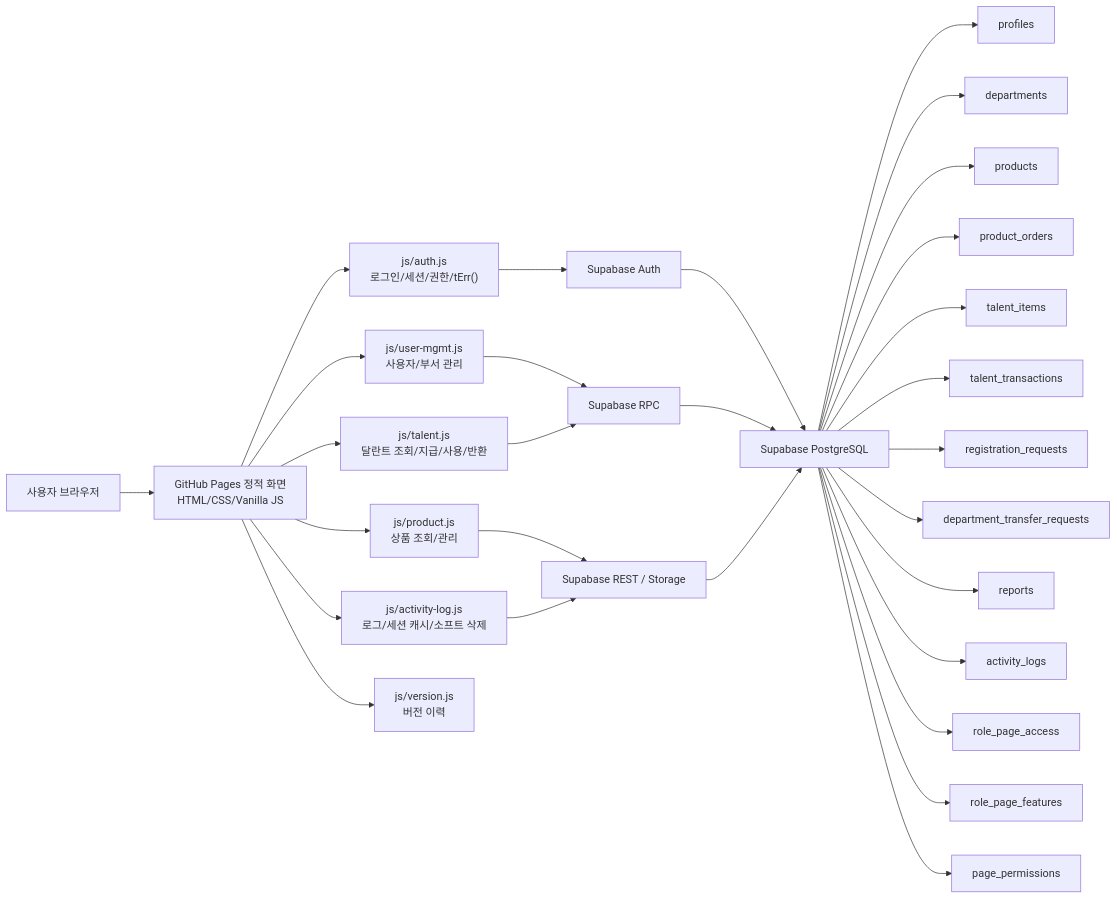
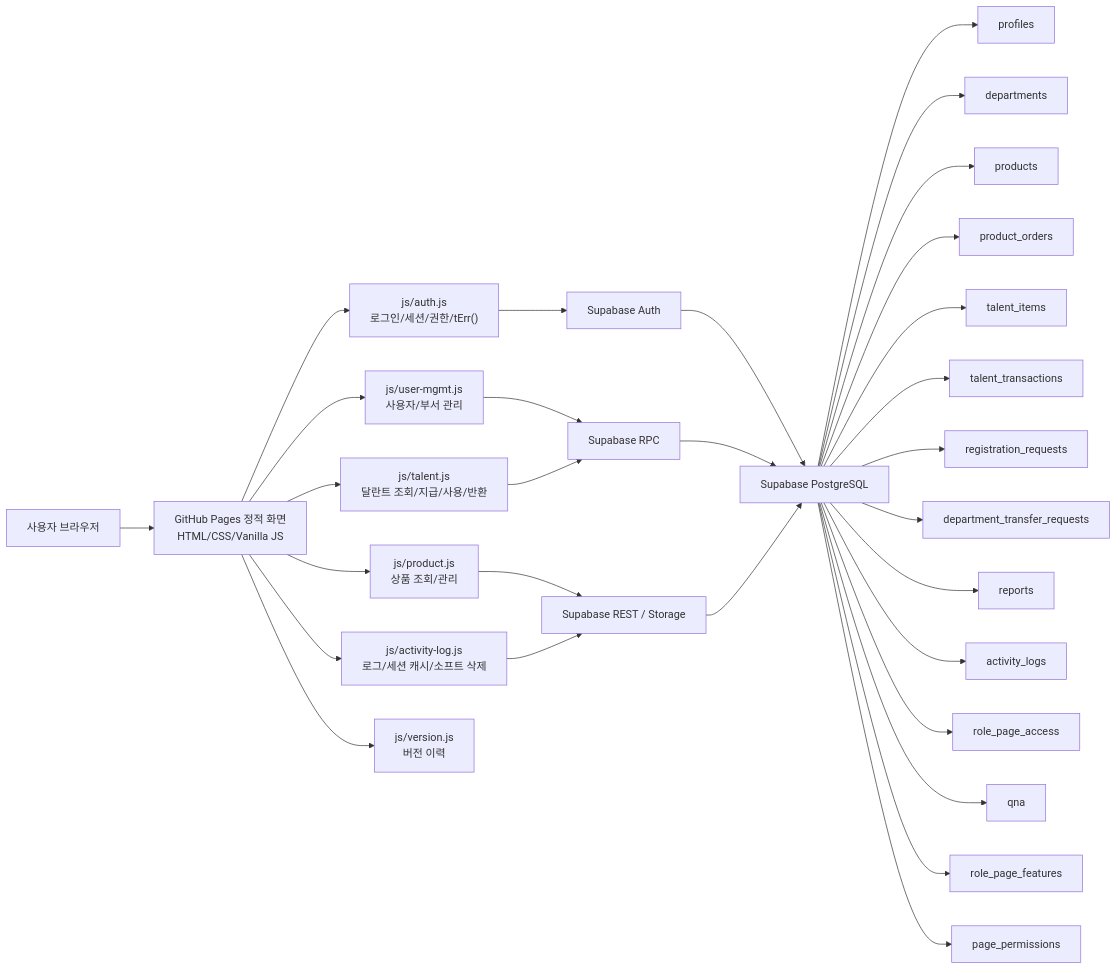
Before and after one commit to CHO-Talents/CHO-Talents: the first of 11 diagrams in docs/PROJECT_ARCHITECTURE_FLOW.md, drawn with Mermaid. The commit also changed other lines of this file and 31 other files, not shown here.

````diff
--- a/docs/PROJECT_ARCHITECTURE_FLOW.md
+++ b/docs/PROJECT_ARCHITECTURE_FLOW.md
@@ -24,35 +24,36 @@
 ```mermaid
 flowchart LR
   User["사용자 브라우저"] --> Pages["GitHub Pages 정적 화면<br/>HTML/CSS/Vanilla JS"]
 
   Pages --> AuthJS["js/auth.js<br/>로그인/세션/권한/tErr()"]
   Pages --> LogJS["js/activity-log.js<br/>로그/세션 캐시/소프트 삭제"]
   Pages --> UserMgmt["js/user-mgmt.js<br/>사용자/부서 관리"]
   Pages --> TalentJS["js/talent.js<br/>달란트 조회/지급/사용/반환"]
   Pages --> ProductJS["js/product.js<br/>상품 조회/관리"]
   Pages --> VersionJS["js/version.js<br/>버전 이력"]
 
   AuthJS --> Auth["Supabase Auth"]
   UserMgmt --> RPC["Supabase RPC"]
   TalentJS --> RPC
   ProductJS --> Rest["Supabase REST / Storage"]
   LogJS --> Rest
 
   Auth --> DB["Supabase PostgreSQL"]
   RPC --> DB
   Rest --> DB
 
   DB --> Profiles["profiles"]
   DB --> Departments["departments"]
   DB --> Products["products"]
   DB --> Orders["product_orders"]
   DB --> Items["talent_items"]
   DB --> Transactions["talent_transactions"]
   DB --> Requests["registration_requests"]
   DB --> Transfers["department_transfer_requests"]
   DB --> Reports["reports"]
   DB --> Logs["activity_logs"]
   DB --> RoleAccess["role_page_access"]
+  DB --> QnA["qna"]
   DB --> RoleFeatures["role_page_features"]
   DB --> PagePerms["page_permissions"]
 ```
````
